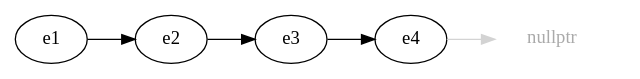
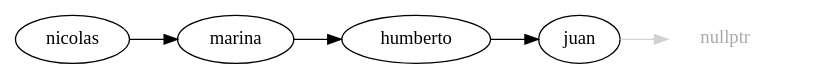
Before and after one commit to jgsogo/eda: the diagram in slides/tad/lista-example.dot, drawn with Graphviz. The commit also changed 4 other files, not shown here.

```diff
--- a/slides/tad/lista-example.dot
+++ b/slides/tad/lista-example.dot
@@ -1,8 +1,8 @@
 digraph structs {
     nodesep=.05;
     rankdir=LR;
     
-    e1 -> e2 -> e3 -> e4
+    nicolas -> marina -> humberto -> juan
     nullptr [label=< <font color="#aaaaaa">nullptr</font> > color=invis]
-    e4 -> nullptr [color=lightgrey]
+    juan -> nullptr [color=lightgrey]
 }
```
